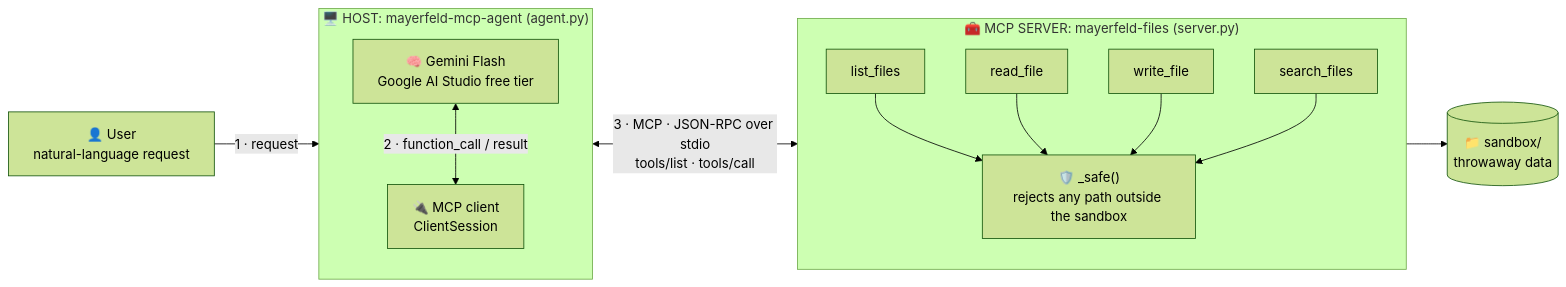
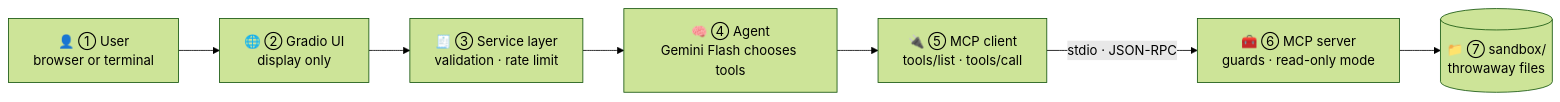
Before and after one commit to TatangF/mayerfeld-mcp-demo: the first of 4 diagrams in README.md, drawn with Mermaid (forest theme). The commit also changed other lines of this file and 14 other files, not shown here.

````diff
--- a/README.md
+++ b/README.md
@@ -9,30 +13,12 @@
 ```mermaid
 flowchart LR
-    U["👤 User<br/>natural-language request"]
+    A["👤 ① User<br/>browser or terminal"]
+    B["🌐 ② Gradio UI<br/>display only"]
+    C["🧾 ③ Service layer<br/>validation · rate limit"]
+    D["🧠 ④ Agent<br/>Gemini Flash chooses tools"]
+    E["🔌 ⑤ MCP client<br/>tools/list · tools/call"]
+    F["🧰 ⑥ MCP server<br/>guards · read-only mode"]
+    G[("📁 ⑦ sandbox/<br/>throwaway files")]
 
-    subgraph HOST["🖥️ HOST: mayerfeld-mcp-agent (agent.py)"]
-        direction TB
-        LLM["🧠 Gemini Flash<br/>Google AI Studio free tier"]
-        CLI["🔌 MCP client<br/>ClientSession"]
-    end
-
-    subgraph SRV["🧰 MCP SERVER: mayerfeld-files (server.py)"]
-        direction TB
-        T1["list_files"]
-        T2["read_file"]
-        T3["write_file"]
-        T4["search_files"]
-        G["🛡️ _safe()<br/>rejects any path outside the sandbox"]
-    end
-
-    FS[("📁 sandbox/<br/>throwaway data")]
-
-    U -->|"1 · request"| LLM
-    LLM <-->|"2 · function_call / result"| CLI
-    CLI <-->|"3 · MCP · JSON-RPC over stdio<br/>tools/list · tools/call"| SRV
-    T1 --> G
-    T2 --> G
-    T3 --> G
-    T4 --> G
-    G --> FS
+    A --> B --> C --> D --> E -->|"stdio · JSON-RPC"| F --> G
 ```
````
